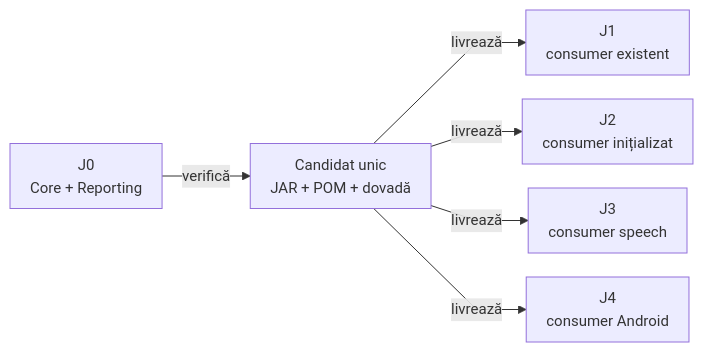
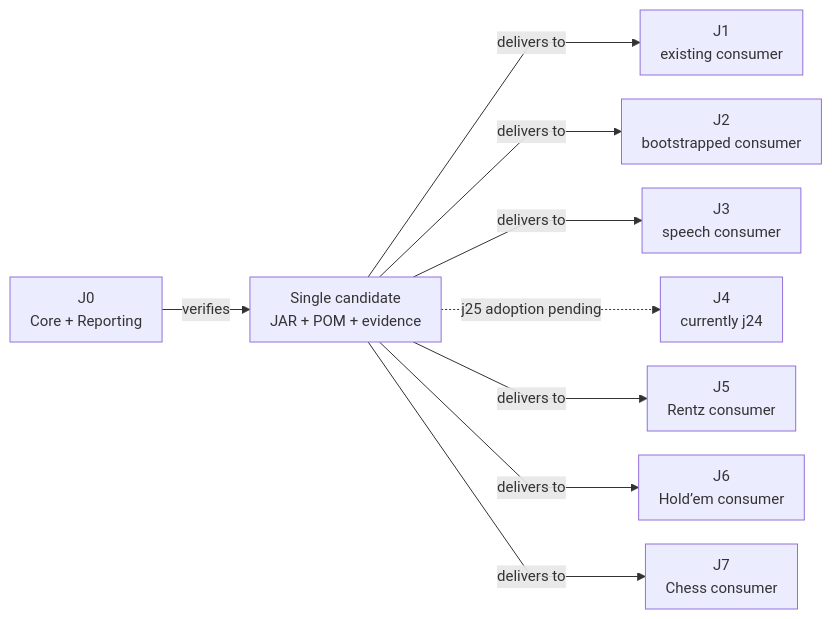
Before and after one commit to crististefanita/atf_j1: the diagram in docs/ATF_Workspace_Synchronization.md, drawn with Mermaid. The commit also changed other lines of this file and 83 other files, not shown here.

````diff
--- a/docs/ATF_Workspace_Synchronization.md
+++ b/docs/ATF_Workspace_Synchronization.md
@@ -25,9 +33,12 @@
 ```mermaid
 %%{init: {"themeVariables":{"fontSize":"15px"},"themeCSS":".nodeLabel, .nodeLabel p { font-size: 15px !important; line-height: 1.35 !important; } .edgeLabel, .edgeLabel p { font-size: 12px !important; font-weight: 400 !important; line-height: 1.2 !important; } .edgeLabel .labelBkg, .edgeLabel p { background: transparent !important; } .edgeLabel foreignObject { transform: translateY(-18px); overflow: visible; } .node rect { rx: 6px; ry: 6px; }","flowchart":{"curve":"linear","nodeSpacing":24,"rankSpacing":40,"padding":10,"diagramPadding":16}}}%%
 flowchart LR
-    Source["J0<br/>Core + Reporting"] -->|verifică| Candidate["Candidat unic<br/>JAR + POM + dovadă"]
-    Candidate -->|livrează| J1["J1<br/>consumer existent"]
-    Candidate -->|livrează| J2["J2<br/>consumer inițializat"]
-    Candidate -->|livrează| J3["J3<br/>consumer speech"]
-    Candidate -->|livrează| J4["J4<br/>consumer Android"]
+    Source["J0<br/>Core + Reporting"] -->|verifies| Candidate["Single candidate<br/>JAR + POM + evidence"]
+    Candidate -->|delivers to| J1["J1<br/>existing consumer"]
+    Candidate -->|delivers to| J2["J2<br/>bootstrapped consumer"]
+    Candidate -->|delivers to| J3["J3<br/>speech consumer"]
+    Candidate -.->|j25 adoption pending| J4["J4<br/>currently j24"]
+    Candidate -->|delivers to| J5["J5<br/>Rentz consumer"]
+    Candidate -->|delivers to| J6["J6<br/>Hold’em consumer"]
+    Candidate -->|delivers to| J7["J7<br/>Chess consumer"]
 ```
````
